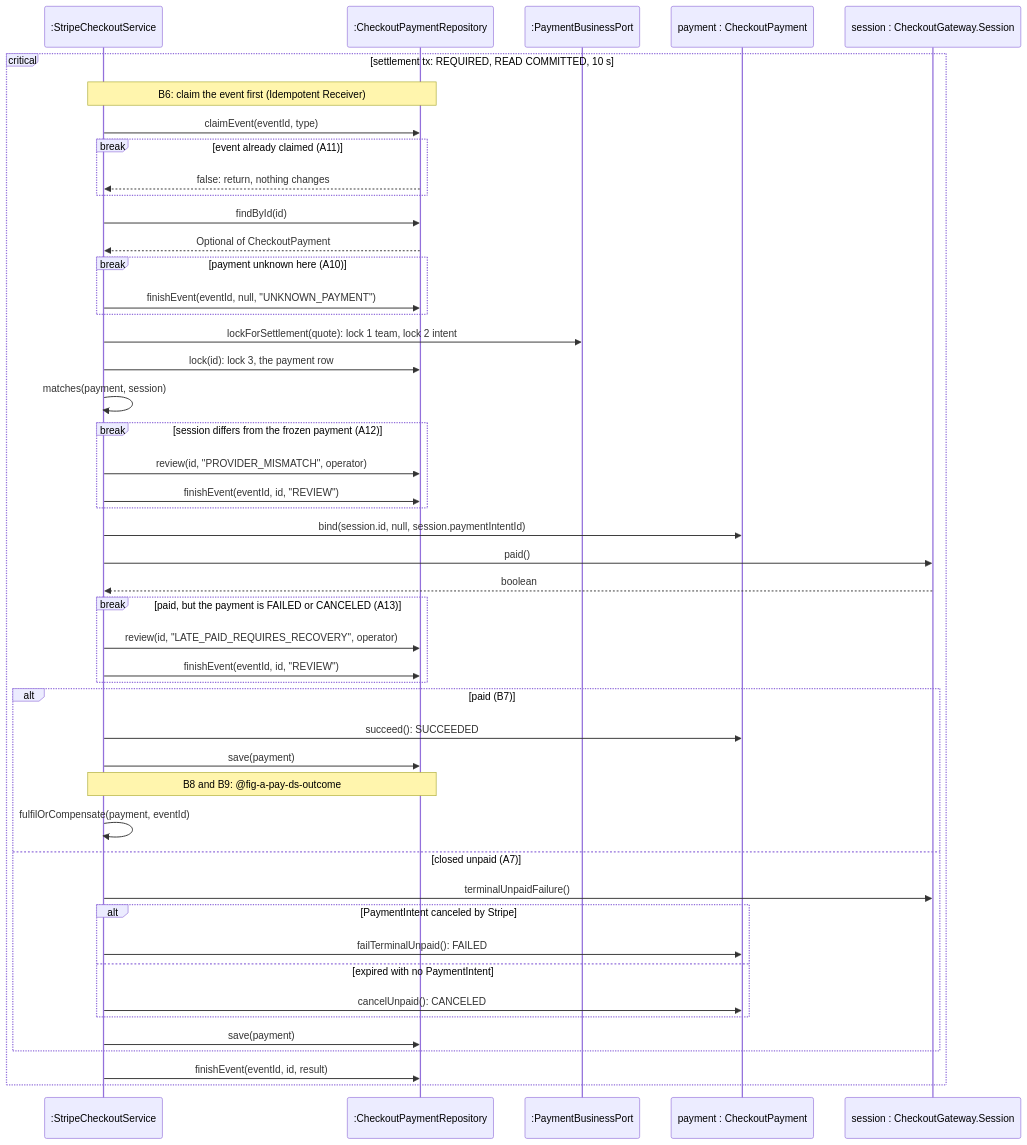
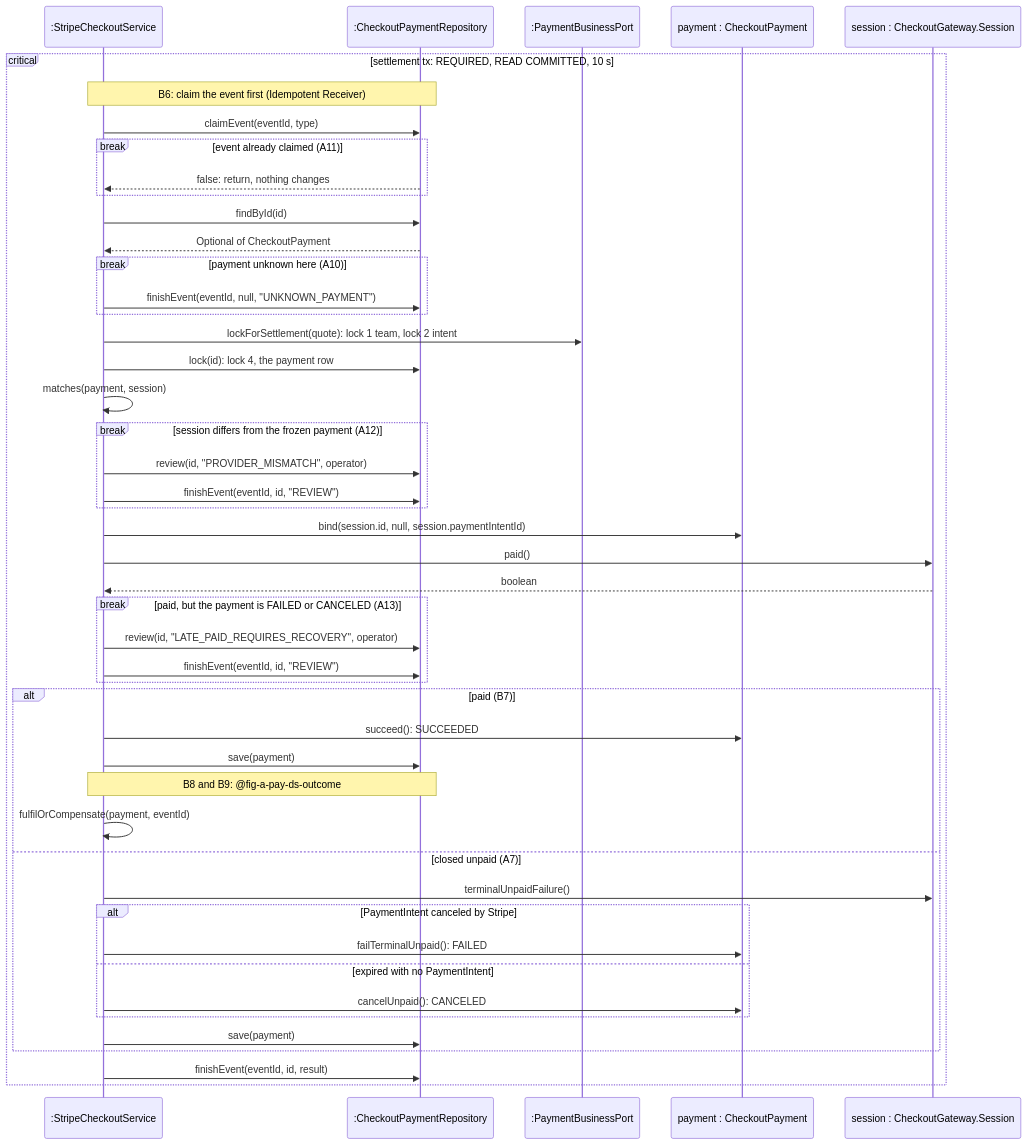
One commit to PPsyrius/iss-groupbuy-team8 changed the diagram in docs/swe5001/report/diagrams/appendix-a/src/a-pay-ds-settle.mmd. Above: the diagram before and after it, drawn with Mermaid. The commit also changed 86 other files, not shown here.

```diff
--- a/docs/swe5001/report/diagrams/appendix-a/src/a-pay-ds-settle.mmd
+++ b/docs/swe5001/report/diagrams/appendix-a/src/a-pay-ds-settle.mmd
@@ -1,49 +1,49 @@
 %% frame: Pay upfront B6 to B7: the settlement transaction (design)
 sequenceDiagram
     participant Svc as :StripeCheckoutService
     participant Repo as :CheckoutPaymentRepository
     participant Port as :PaymentBusinessPort
     participant Pay as payment : CheckoutPayment
     participant S as session : CheckoutGateway.Session
 
     critical settlement tx: REQUIRED, READ COMMITTED, 10 s
         Note over Svc,Repo: B6: claim the event first (Idempotent Receiver)
         Svc->>Repo: claimEvent(eventId, type)
         break event already claimed (A11)
             Repo-->>Svc: false: return, nothing changes
         end
         Svc->>Repo: findById(id)
         Repo-->>Svc: Optional of CheckoutPayment
         break payment unknown here (A10)
             Svc->>Repo: finishEvent(eventId, null, "UNKNOWN_PAYMENT")
         end
         Svc->>Port: lockForSettlement(quote): lock 1 team, lock 2 intent
-        Svc->>Repo: lock(id): lock 3, the payment row
+        Svc->>Repo: lock(id): lock 4, the payment row
         Svc->>Svc: matches(payment, session)
         break session differs from the frozen payment (A12)
             Svc->>Repo: review(id, "PROVIDER_MISMATCH", operator)
             Svc->>Repo: finishEvent(eventId, id, "REVIEW")
         end
         Svc->>Pay: bind(session.id, null, session.paymentIntentId)
         Svc->>S: paid()
         S-->>Svc: boolean
         break paid, but the payment is FAILED or CANCELED (A13)
             Svc->>Repo: review(id, "LATE_PAID_REQUIRES_RECOVERY", operator)
             Svc->>Repo: finishEvent(eventId, id, "REVIEW")
         end
         alt paid (B7)
             Svc->>Pay: succeed(): SUCCEEDED
             Svc->>Repo: save(payment)
             Note over Svc,Repo: B8 and B9: @fig-a-pay-ds-outcome
             Svc->>Svc: fulfilOrCompensate(payment, eventId)
         else closed unpaid (A7)
             Svc->>S: terminalUnpaidFailure()
             alt PaymentIntent canceled by Stripe
                 Svc->>Pay: failTerminalUnpaid(): FAILED
             else expired with no PaymentIntent
                 Svc->>Pay: cancelUnpaid(): CANCELED
             end
             Svc->>Repo: save(payment)
         end
         Svc->>Repo: finishEvent(eventId, id, result)
     end
```
